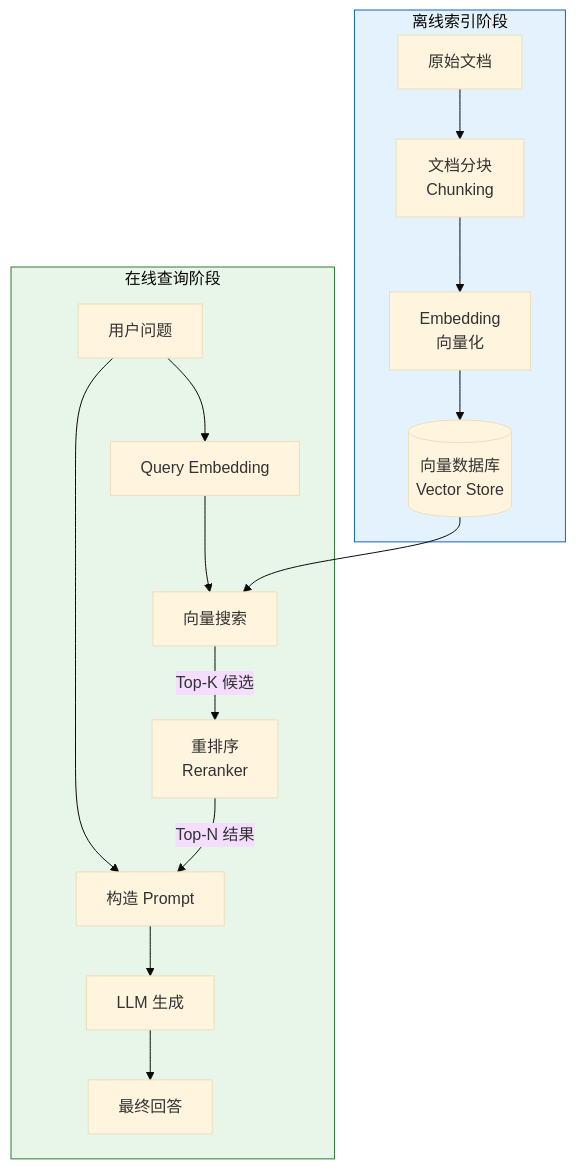
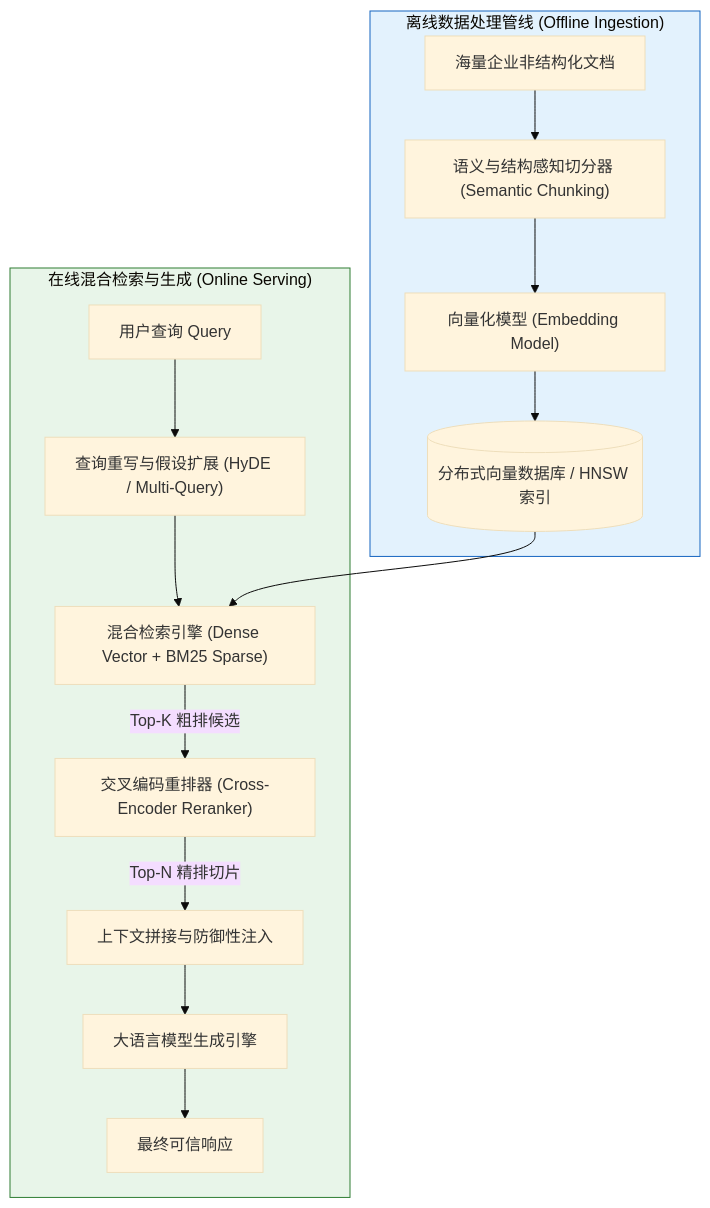
One commit to yingwang/thinking-in-llm changed the second of 6 diagrams in chapters/10-knowledge.md. Above: the diagram before and after it, drawn with Mermaid (base theme). The commit also changed other lines of this file and 31 other files, not shown here.

````diff
--- a/chapters/10-knowledge.md
+++ b/chapters/10-knowledge.md
@@ -110,22 +89,21 @@
 ```mermaid
 flowchart TB
-    subgraph 离线索引["离线索引阶段"]
-        D[原始文档] --> S[文档分块<br/>Chunking]
-        S --> E[Embedding<br/>向量化]
-        E --> I[(向量数据库<br/>Vector Store)]
+    subgraph Offline["离线数据处理管线 (Offline Ingestion)"]
+        Raw["海量企业非结构化文档"] --> Splitter["语义与结构感知切分器 (Semantic Chunking)"]
+        Splitter --> Embedder["向量化模型 (Embedding Model)"]
+        Embedder --> VectorDB[("分布式向量数据库 / HNSW 索引")]
     end
     
-    subgraph 在线查询["在线查询阶段"]
-        Q[用户问题] --> QE[Query Embedding]
-        QE --> VS[向量搜索]
-        I --> VS
-        VS --> |Top-K 候选| RR[重排序<br/>Reranker]
-        RR --> |Top-N 结果| P[构造 Prompt]
-        Q --> P
-        P --> LLM[LLM 生成]
-        LLM --> A[最终回答]
+    subgraph Online["在线混合检索与生成 (Online Serving)"]
+        UserQuery["用户查询 Query"] --> Rewriter["查询重写与假设扩展 (HyDE / Multi-Query)"]
+        Rewriter --> HybridSearch["混合检索引擎 (Dense Vector + BM25 Sparse)"]
+        VectorDB --> HybridSearch
+        HybridSearch -->|"Top-K 粗排候选"| Reranker["交叉编码重排器 (Cross-Encoder Reranker)"]
+        Reranker -->|"Top-N 精排切片"| ContextAssemble["上下文拼接与防御性注入"]
+        ContextAssemble --> LLMGen["大语言模型生成引擎"]
+        LLMGen --> FinalResp["最终可信响应"]
     end
     
-    style 离线索引 fill:#e3f2fd,stroke:#1565c0
-    style 在线查询 fill:#e8f5e9,stroke:#2e7d32
+    style Offline fill:#e3f2fd,stroke:#1565c0
+    style Online fill:#e8f5e9,stroke:#2e7d32
 ```
````
